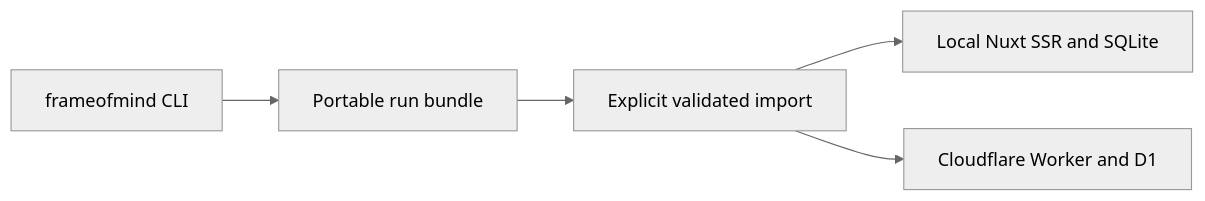
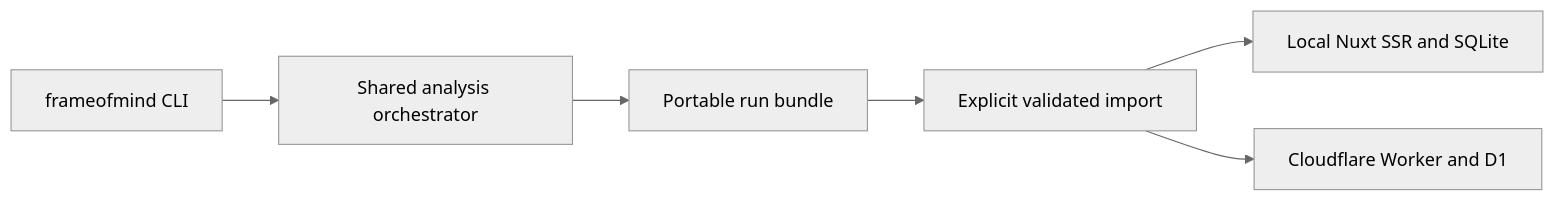
Before and after one commit to jchu96/frame-of-mind: the second of 2 diagrams in README.md, drawn with Mermaid (neutral theme). The commit also changed other lines of this file and 11 other files, not shown here.

````diff
--- a/README.md
+++ b/README.md
@@ -423,13 +426,14 @@
 ```mermaid
 flowchart LR
     CLI[frameofmind CLI]
+    Core[Shared analysis orchestrator]
     Bundle[Portable run bundle]
     Import[Explicit validated import]
     Local[Local Nuxt SSR and SQLite]
     Cloud[Cloudflare Worker and D1]
 
-    CLI --> Bundle
+    CLI --> Core --> Bundle
     Bundle --> Import
     Import --> Local
     Import --> Cloud
 ```
````
